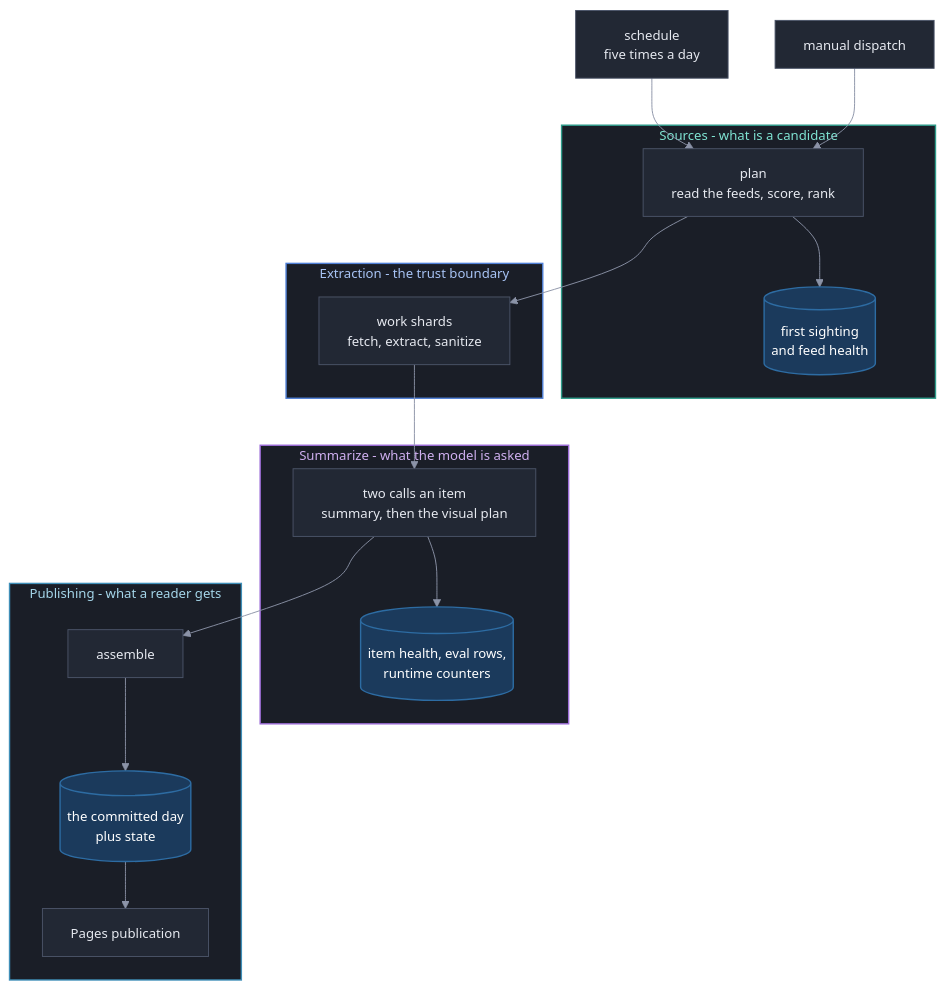
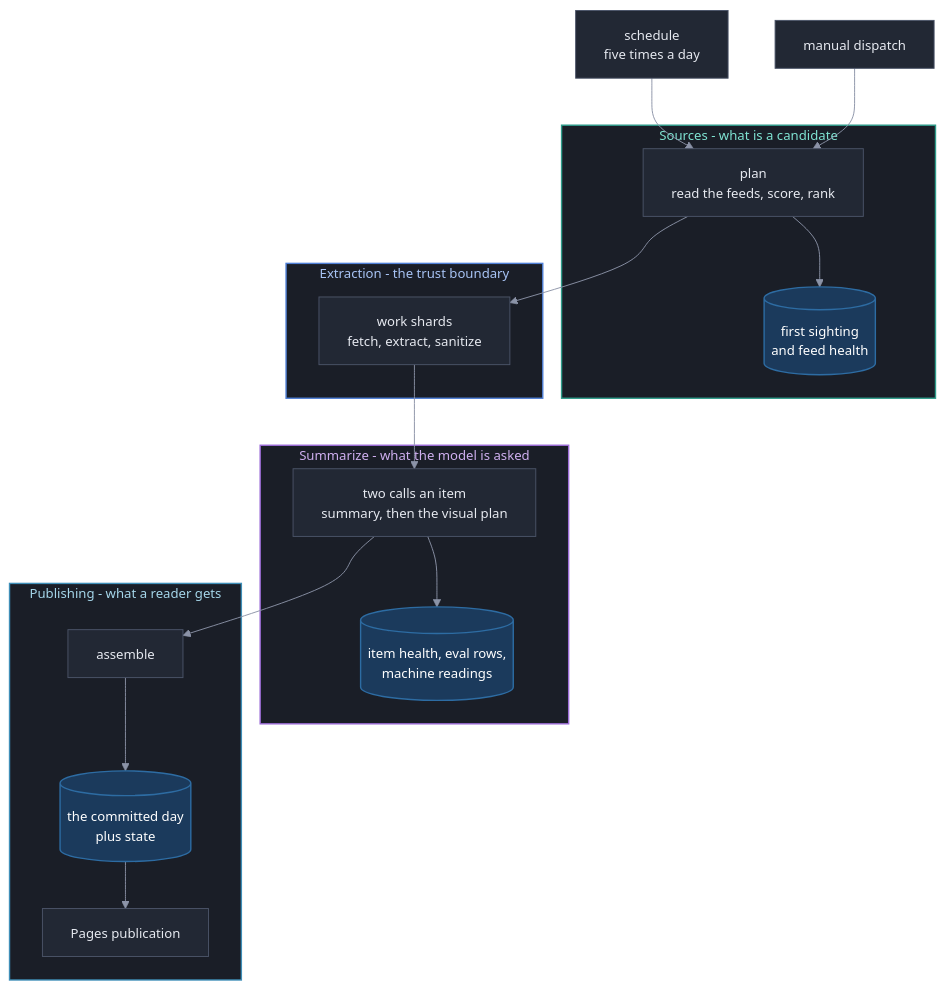
The second of 4 diagrams in docs/reference/github-actions.md (miztiik/yen-idhazh), drawn with Mermaid before and after one commit. The commit also changed other lines of this file and 82 other files, not shown here.

First line of the commit message:
Delete the runtime-counters ledger and everything that read it

````diff
--- a/docs/reference/github-actions.md
+++ b/docs/reference/github-actions.md
@@ -227,40 +227,40 @@
 ```mermaid
 %%{init: {"theme": "base", "themeVariables": {"background": "#0f1117", "primaryColor": "#222834", "primaryTextColor": "#e6e9f0", "primaryBorderColor": "#4b5468", "lineColor": "#8b93a7", "textColor": "#e6e9f0", "clusterBkg": "#1a1e27", "clusterBorder": "#3a4254", "titleColor": "#e6e9f0", "edgeLabelBackground": "#1a1e27", "fontSize": "14px"}}}%%
 flowchart TB
  SCHEDULE["schedule<br/>five times a day"] --> PLAN
  MANUAL["manual dispatch"] --> PLAN
 
  subgraph ING["Sources - what is a candidate"]
   PLAN["plan<br/>read the feeds, score, rank"]
   PLAN --> SEEN[("first sighting<br/>and feed health")]
  end
 
  subgraph EXT["Extraction - the trust boundary"]
   PLAN --> FETCH["work shards<br/>fetch, extract, sanitize"]
  end
 
  subgraph MOD["Summarize - what the model is asked"]
   FETCH --> CALLS["two calls an item<br/>summary, then the visual plan"]
-  CALLS --> ROWS[("item health, eval rows,<br/>runtime counters")]
+  CALLS --> ROWS[("item health, eval rows,<br/>machine readings")]
  end
 
  subgraph PUB["Publishing - what a reader gets"]
   CALLS --> ASSEMBLE["assemble"]
   ASSEMBLE --> DAY[("the committed day<br/>plus state")]
   DAY --> PAGES["Pages publication"]
  end
 
  classDef stage fill:#222834,stroke:#4b5468,stroke-width:1px,color:#e6e9f0;
  classDef store fill:#1b3a5c,stroke:#2d6ca3,stroke-width:1.5px,color:#ffffff;
  classDef sysIngest fill:#1a1e27,stroke:#2e9c8a,stroke-width:1.5px,color:#7fe3d2;
  classDef sysExtract fill:#1a1e27,stroke:#4f7fd6,stroke-width:1.5px,color:#a8c4f5;
  classDef sysModel fill:#1a1e27,stroke:#9b6bd6,stroke-width:1.5px,color:#cfb0f0;
  classDef sysPublish fill:#1a1e27,stroke:#3f8fb8,stroke-width:1.5px,color:#a5d6ea;
 
  class SCHEDULE,MANUAL,PLAN,FETCH,CALLS,ASSEMBLE,PAGES stage;
  class SEEN,ROWS,DAY store;
  class ING sysIngest;
  class EXT sysExtract;
  class MOD sysModel;
  class PUB sysPublish;
 ```
````
